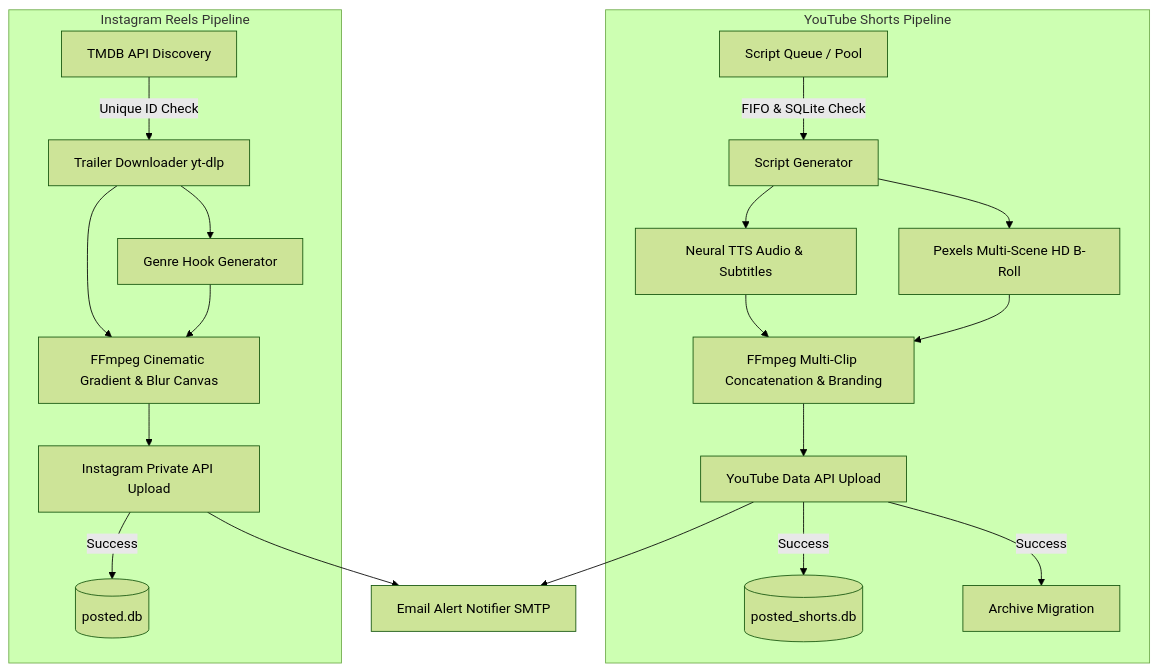
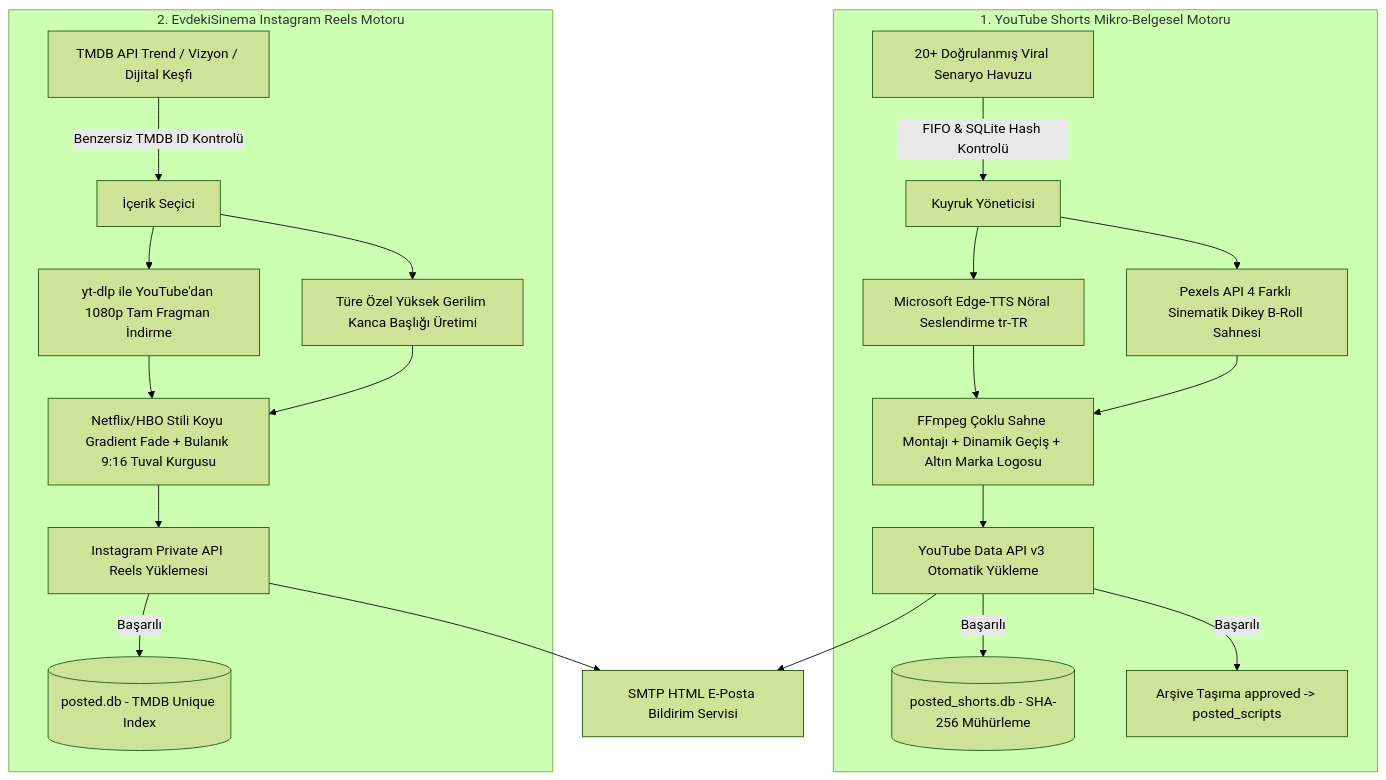
The diagram in README.md (beratcemzengin/auto-viral-media-engine), drawn with Mermaid (forest theme) before and after one commit. The commit also changed other lines of this file and 2 other files, not shown here.

Commit message:
docs: add comprehensive server hardware requirements, setup guide, and technical architecture

````diff
--- a/README.md
+++ b/README.md
@@ -39,22 +24,23 @@
 ```mermaid
 graph TD
-    subgraph YouTube Shorts Pipeline
-        A[Script Queue / Pool] -->|FIFO & SQLite Check| B[Script Generator]
-        B --> C[Neural TTS Audio & Subtitles]
-        B --> D[Pexels Multi-Scene HD B-Roll]
-        C & D --> E[FFmpeg Multi-Clip Concatenation & Branding]
-        E --> F[YouTube Data API Upload]
-        F -->|Success| G[(posted_shorts.db)]
-        F -->|Success| H[Archive Migration]
+    subgraph 1. YouTube Shorts Mikro-Belgesel Motoru
+        A1[20+ Doğrulanmış Viral Senaryo Havuzu] -->|FIFO & SQLite Hash Kontrolü| B1[Kuyruk Yöneticisi]
+        B1 --> C1[Microsoft Edge-TTS Nöral Seslendirme tr-TR]
+        B1 --> D1[Pexels API 4 Farklı Sinematik Dikey B-Roll Sahnesi]
+        C1 & D1 --> E1[FFmpeg Çoklu Sahne Montajı + Dinamik Geçiş + Altın Marka Logosu]
+        E1 --> F1[YouTube Data API v3 Otomatik Yükleme]
+        F1 -->|Başarılı| G1[(posted_shorts.db - SHA-256 Mühürleme)]
+        F1 -->|Başarılı| H1[Arşive Taşıma approved -> posted_scripts]
     end
 
-    subgraph Instagram Reels Pipeline
-        I[TMDB API Discovery] -->|Unique ID Check| J[Trailer Downloader yt-dlp]
-        J --> K[Genre Hook Generator]
-        J & K --> L[FFmpeg Cinematic Gradient & Blur Canvas]
-        L --> M[Instagram Private API Upload]
-        M -->|Success| N[(posted.db)]
+    subgraph 2. EvdekiSinema Instagram Reels Motoru
+        A2[TMDB API Trend / Vizyon / Dijital Keşfi] -->|Benzersiz TMDB ID Kontrolü| B2[İçerik Seçici]
+        B2 --> C2[yt-dlp ile YouTube'dan 1080p Tam Fragman İndirme]
+        B2 --> D2[Türe Özel Yüksek Gerilim Kanca Başlığı Üretimi]
+        C2 & D2 --> E2[Netflix/HBO Stili Koyu Gradient Fade + Bulanık 9:16 Tuval Kurgusu]
+        E2 --> F2[Instagram Private API Reels Yüklemesi]
+        F2 -->|Başarılı| G2[(posted.db - TMDB Unique Index)]
     end
 
-    F & M --> O[Email Alert Notifier SMTP]
+    F1 & F2 --> Z[SMTP HTML E-Posta Bildirim Servisi]
 ```
````
